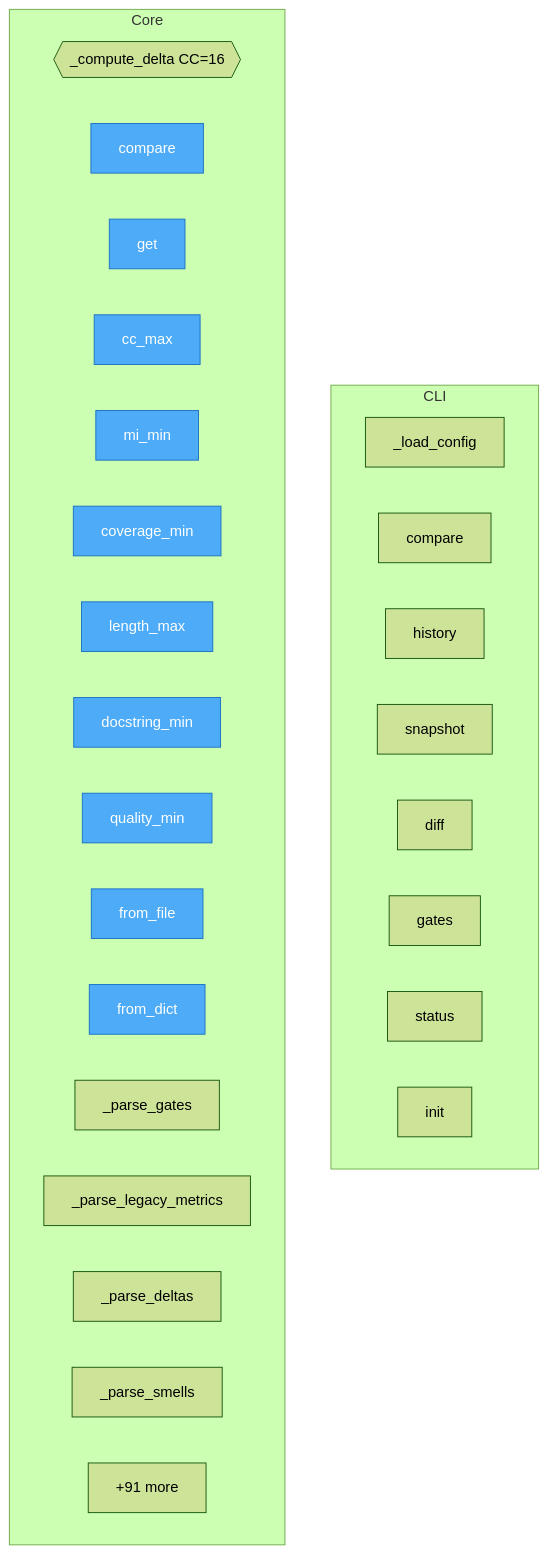
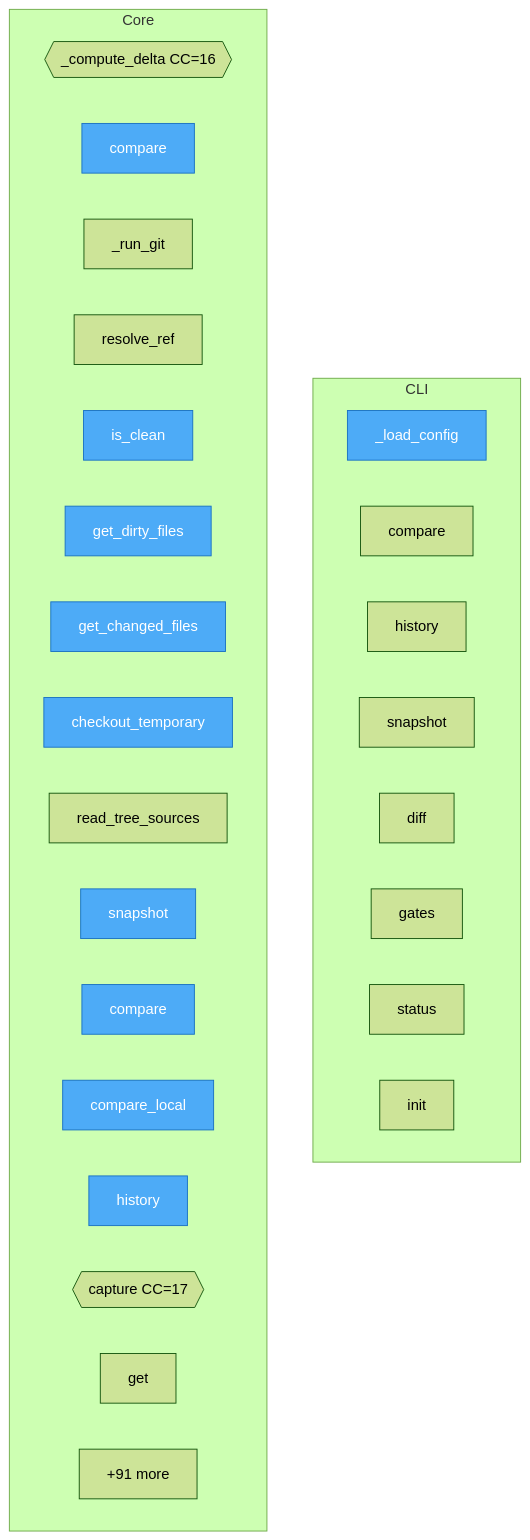
The diagram in project/flow.mmd (semcod/regix), drawn with Mermaid (forest theme) before and after one commit. The commit also changed 14 other files, not shown here.

```diff
--- a/project/flow.mmd
+++ b/project/flow.mmd
@@ -1,36 +1,36 @@
 flowchart TD
 
     %% Entry points (blue)
     classDef entry fill:#4dabf7,stroke:#1971c2,color:#fff
 
     subgraph CLI
         regix__cli___load_config["_load_config"]
         regix__cli__compare["compare"]
         regix__cli__history["history"]
         regix__cli__snapshot["snapshot"]
         regix__cli__diff["diff"]
         regix__cli__gates["gates"]
         regix__cli__status["status"]
         regix__cli__init["init"]
     end
 
     subgraph Core
         regix__compare___compute_delta{{_compute_delta CC=16}}
         regix__compare__compare["compare"]
+        regix__git___run_git["_run_git"]
+        regix__git__resolve_ref["resolve_ref"]
+        regix__git__is_clean["is_clean"]
+        regix__git__get_dirty_files["get_dirty_files"]
+        regix__git__get_changed_files["get_changed_files"]
+        regix__git__checkout_temporary["checkout_temporary"]
+        regix__git__read_tree_sources["read_tree_sources"]
+        regix__Regix__snapshot["snapshot"]
+        regix__Regix__compare["compare"]
+        regix__Regix__compare_local["compare_local"]
+        regix__Regix__history["history"]
+        regix__snapshot__capture{{capture CC=17}}
         regix__config__GateThresholds__get["get"]
-        regix__config__RegressionConfig__cc_max["cc_max"]
-        regix__config__RegressionConfig__mi_min["mi_min"]
-        regix__config__RegressionConfig__coverage_min["coverage_min"]
-        regix__config__RegressionConfig__length_max["length_max"]
-        regix__config__RegressionConfig__docstring_min["docstring_min"]
-        regix__config__RegressionConfig__quality_min["quality_min"]
-        regix__config__RegressionConfig__from_file["from_file"]
-        regix__config__RegressionConfig__from_dict["from_dict"]
-        regix__config__RegressionConfig___parse_gates["_parse_gates"]
-        regix__config__RegressionConfig___parse_legacy_metrics["_parse_legacy_metrics"]
-        regix__config__RegressionConfig___parse_deltas["_parse_deltas"]
-        regix__config__RegressionConfig___parse_smells["_parse_smells"]
         ...["+91 more"]
     end
 
-    class regix__compare__compare,regix__config__GateThresholds__get,regix__config__RegressionConfig__cc_max,regix__config__RegressionConfig__mi_min,regix__config__RegressionConfig__coverage_min,regix__config__RegressionConfig__length_max,regix__config__RegressionConfig__docstring_min,regix__config__RegressionConfig__quality_min,regix__config__RegressionConfig__from_file,regix__config__RegressionConfig__from_dict entry
+    class regix__compare__compare,regix__git__is_clean,regix__git__get_dirty_files,regix__git__get_changed_files,regix__git__checkout_temporary,regix__Regix__snapshot,regix__Regix__compare,regix__Regix__compare_local,regix__Regix__history,regix__cli___load_config entry
```
